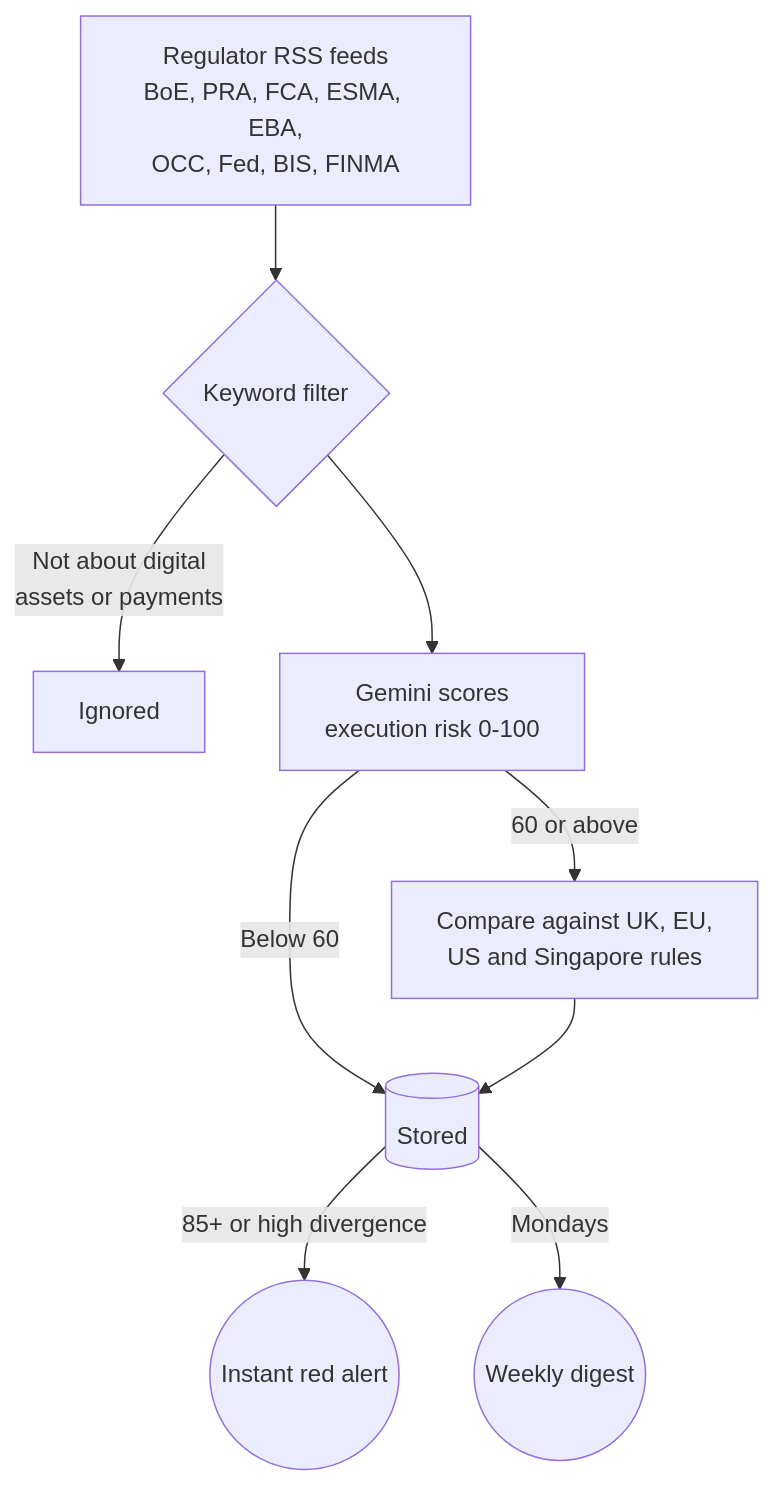
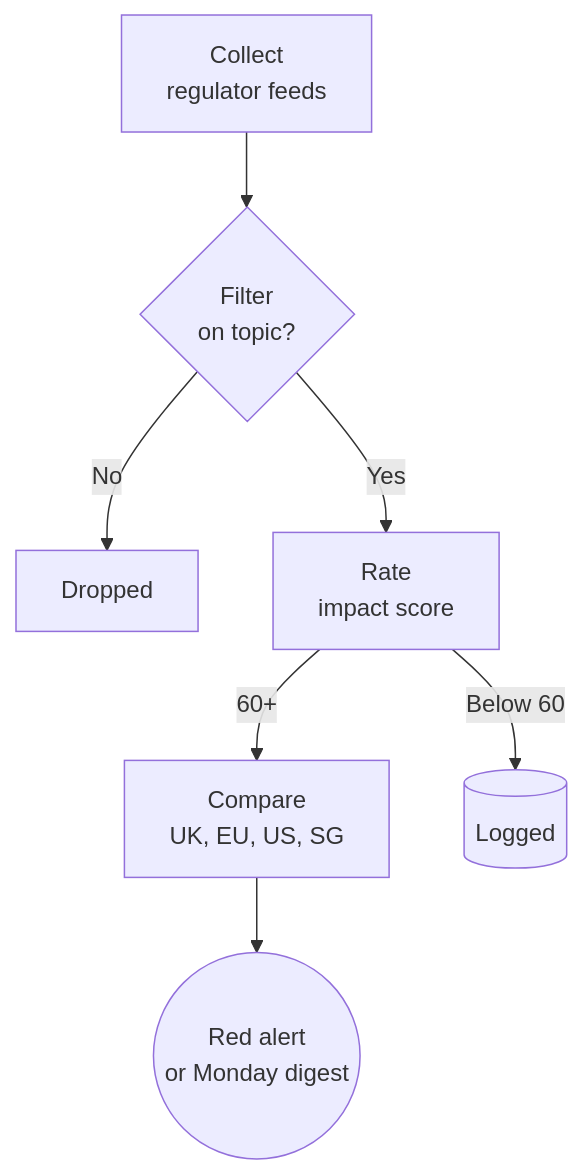
Before and after one commit to suni639/sunilkandola-hugo: the diagram in content/projects/regulatory-horizon-scanner/index.md, drawn with Mermaid. The commit also changed other lines of this file and 1 other file, not shown here.

```diff
--- a/content/projects/regulatory-horizon-scanner/index.md
+++ b/content/projects/regulatory-horizon-scanner/index.md
@@ -37,11 +34,9 @@
 {{< mermaid >}}
 graph TD
-    A[Regulator RSS feeds<br>BoE, PRA, FCA, ESMA, EBA,<br>OCC, Fed, BIS, FINMA] --> B{Keyword filter}
-    B -->|Not about digital<br>assets or payments| X[Ignored]
-    B --> C[Gemini scores<br>execution risk 0-100]
-    C -->|Below 60| D[(Stored)]
-    C -->|60 or above| E[Compare against UK, EU,<br>US and Singapore rules]
-    E --> D
-    D -->|85+ or high divergence| F((Instant red alert))
-    D -->|Mondays| G((Weekly digest))
+    A[Collect<br>regulator feeds] --> B{Filter<br>on topic?}
+    B -->|No| X[Dropped]
+    B -->|Yes| C[Rate<br>impact score]
+    C -->|60+| D[Compare<br>UK, EU, US, SG]
+    C -->|Below 60| L[(Logged)]
+    D --> E((Red alert<br>or Monday digest))
 {{< /mermaid >}}
```
